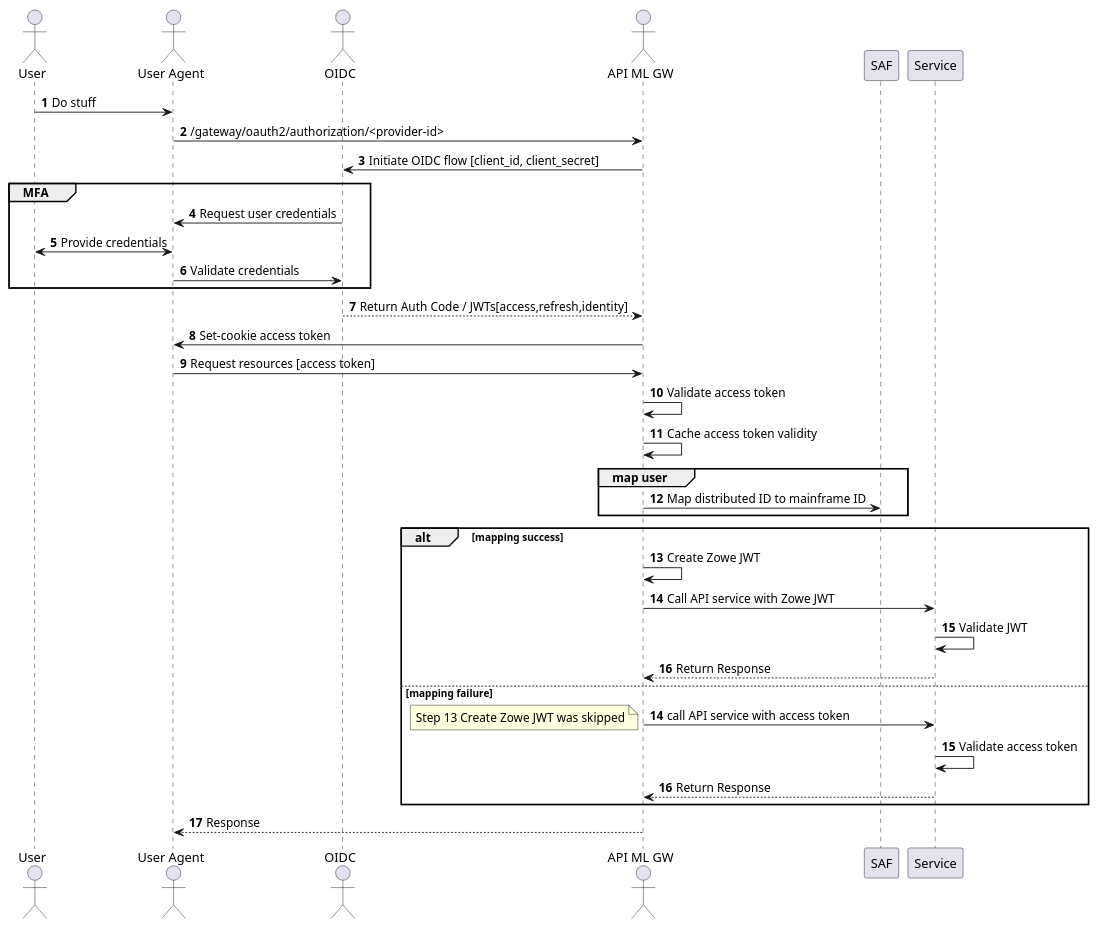
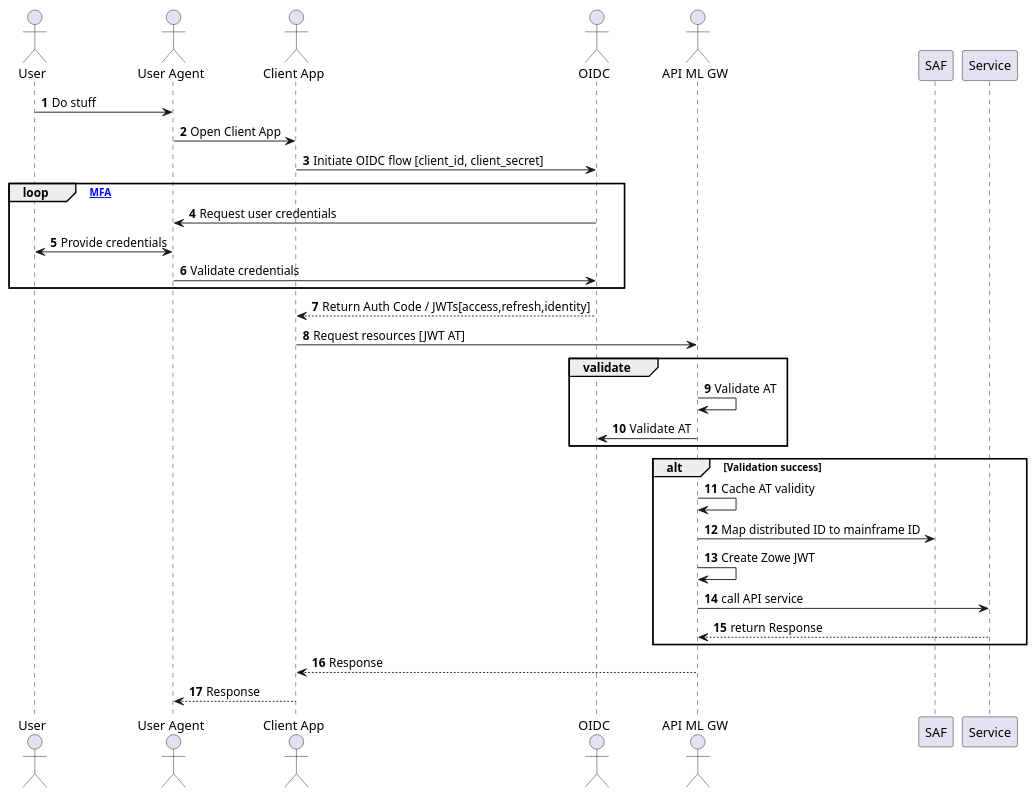
Before and after one commit to zowe/docs-site: the diagram in docs/diagrams/apiml-oidc-auth-seq.puml, drawn with PlantUML. The commit also changed 5112 other files, not shown here.

```diff
--- a/docs/diagrams/apiml-oidc-auth-seq.puml
+++ b/docs/diagrams/apiml-oidc-auth-seq.puml
@@ -1,43 +1,35 @@
 @startuml
 'https://plantuml.com/sequence-diagram
 
 autonumber
 actor User
 actor "User Agent" as Agent
+actor "Client App" as Client
 actor OIDC as OIDC
 actor "API ML GW" as GW
 
 User -> Agent: Do stuff
-Agent -> GW: /gateway/oauth2/authorization/<provider-id>
-GW -> OIDC: Initiate OIDC flow [client_id, client_secret]
-group MFA
+Agent -> Client: Open Client App
+Client -> OIDC: Initiate OIDC flow [client_id, client_secret]
+loop [MFA]
 OIDC -> Agent: Request user credentials
 User <-> Agent: Provide credentials
 Agent -> OIDC: Validate credentials
 end
-OIDC --> GW: Return Auth Code / JWTs[access,refresh,identity]
-GW -> Agent: Set-cookie access token
-Agent -> GW: Request resources [access token]
-GW -> GW: Validate access token
-GW -> GW: Cache access token validity
-group map user
+OIDC --> Client: Return Auth Code / JWTs[access,refresh,identity]
+Client -> GW: Request resources [JWT AT]
+group validate
+GW -> GW: Validate AT
+GW -> OIDC: Validate AT
+end
+alt Validation success
+GW -> GW: Cache AT validity
 GW -> SAF: Map distributed ID to mainframe ID
+GW -> GW: Create Zowe JWT
+GW -> Service: call API service
+Service --> GW: return Response
 end
-alt mapping success
-GW -> GW: Create Zowe JWT
-GW -> Service: Call API service with Zowe JWT
-Service -> Service: Validate JWT
-Service --> GW: Return Response
-autonumber 14 1
-else mapping failure
-
-GW -> Service: call API service with access token
-note left: Step 13 Create Zowe JWT was skipped
-Service -> Service: Validate access token
-Service --> GW: Return Response
-end
-autonumber 17 1
-GW --> Agent: Response
-
+GW --> Client: Response
+Client --> Agent: Response
 
 @enduml
```
